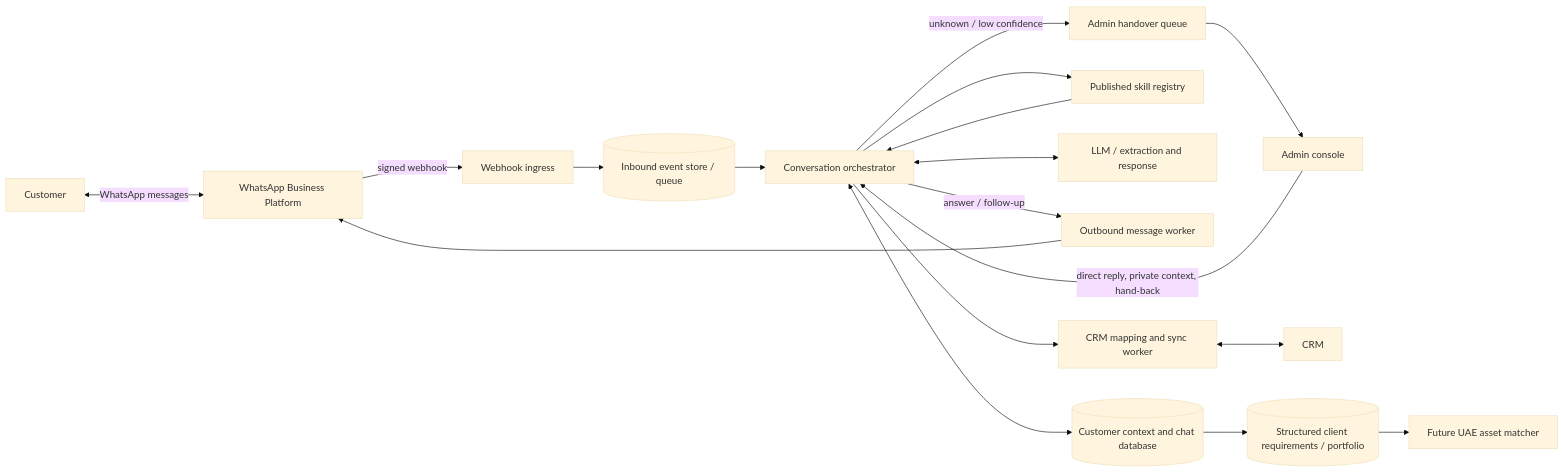
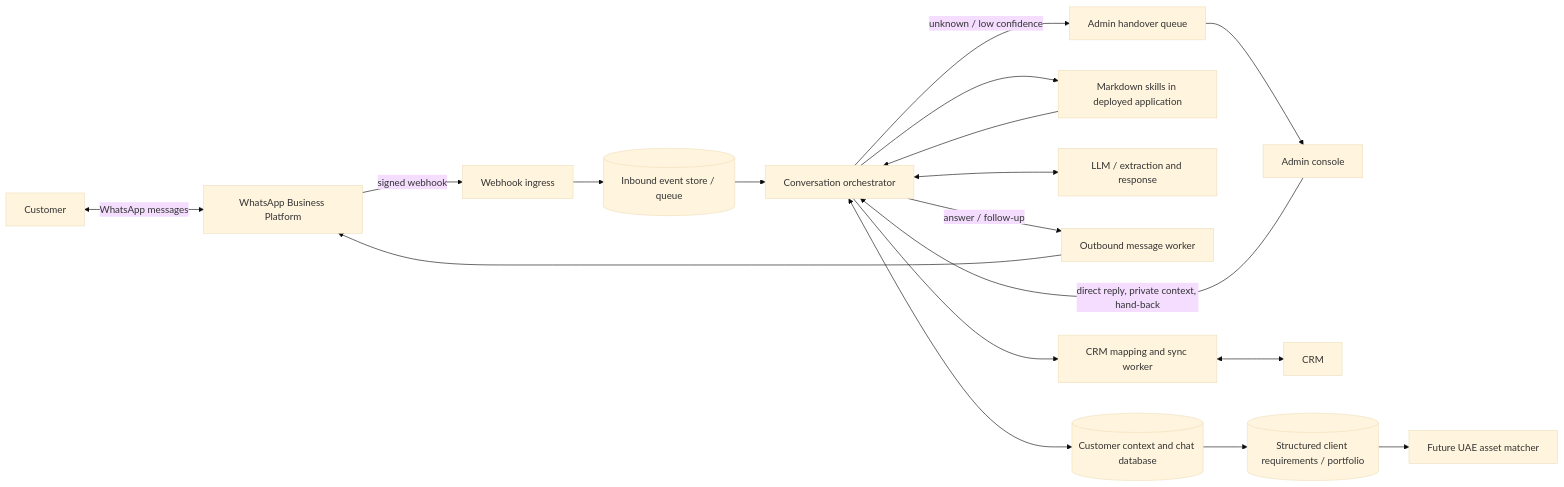
Before and after one commit to moniratna/whatsapp_agent: the diagram in ARCHITECTURE.md, drawn with Mermaid (base theme). The commit also changed other lines of this file, not shown here.

Commit message:
Updated architecture

````diff
--- a/ARCHITECTURE.md
+++ b/ARCHITECTURE.md
@@ -17,20 +17,20 @@
 ```mermaid
 flowchart LR
     C[Customer] <-->|WhatsApp messages| W[WhatsApp Business Platform]
     W -->|signed webhook| WH[Webhook ingress]
     WH --> IN[(Inbound event store / queue)]
     IN --> ORCH[Conversation orchestrator]
     ORCH <--> DB[(Customer context and chat database)]
-    ORCH --> SK[Published skill registry]
+    ORCH --> SK[Markdown skills in deployed application]
     SK --> ORCH
     ORCH <--> AI[LLM / extraction and response]
     ORCH -->|answer / follow-up| OUT[Outbound message worker]
     OUT --> W
     ORCH -->|unknown / low confidence| H[Admin handover queue]
     H --> UI[Admin console]
     UI -->|direct reply, private context, hand-back| ORCH
     ORCH --> MAP[CRM mapping and sync worker]
     MAP <--> CRM[CRM]
     CDB[(Structured client requirements / portfolio)] --> FUT[Future UAE asset matcher]
     DB --> CDB
 ```
````
